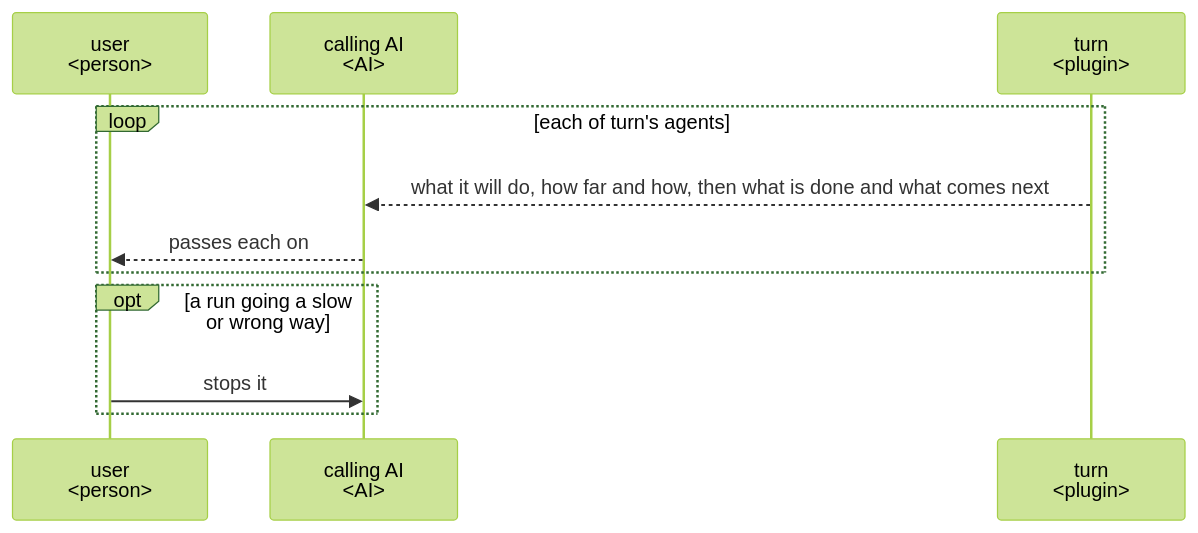
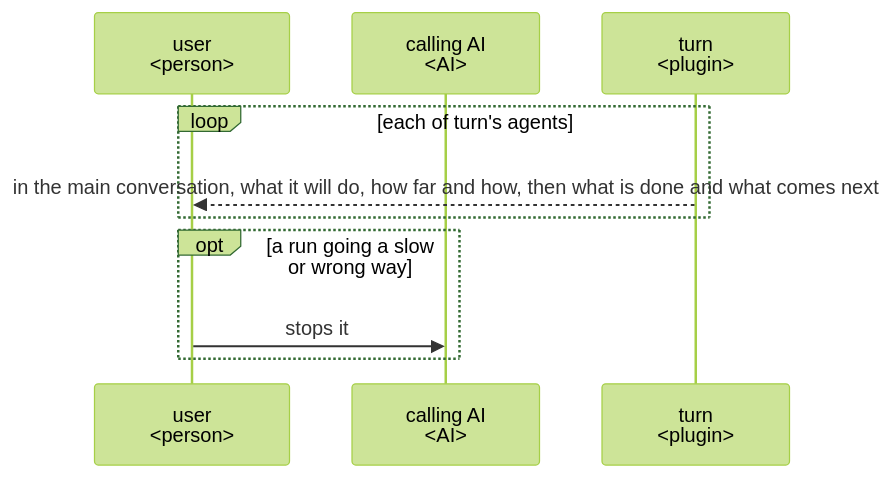
The second of 4 diagrams in dev/turn/ux.md (lovaizu/ccpm), drawn with Mermaid (forest theme) before and after one commit. The commit also changed other lines of this file and 6 other files, not shown here.

````diff
--- a/dev/turn/ux.md
+++ b/dev/turn/ux.md
@@ -60,13 +60,12 @@
 ```mermaid
 sequenceDiagram
   participant U as user<br/>#lt;person#gt;
   participant C as calling AI<br/>#lt;AI#gt;
   participant T as turn<br/>#lt;plugin#gt;
   loop each of turn's agents
-    T-->>C: what it will do, how far and how, then what is done and what comes next
-    C-->>U: passes each on
+    T-->>U: in the main conversation, what it will do, how far and how, then what is done and what comes next
   end
   opt a run going a slow or wrong way
     U->>C: stops it
   end
 ```
````
